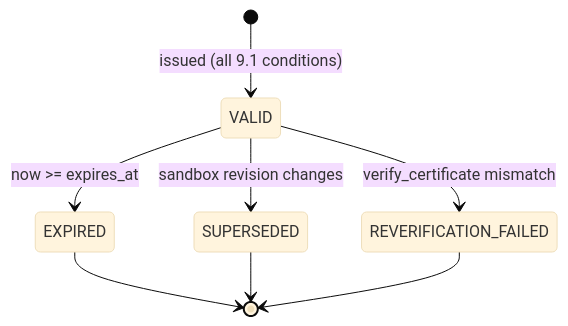
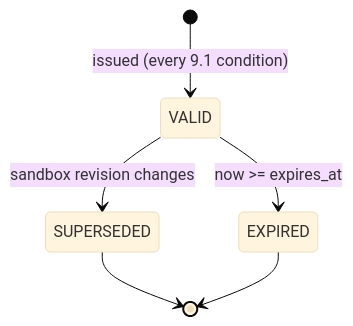
The second of 4 diagrams in solution.md (YashSoni998265/interdict), drawn with Mermaid (base theme) before and after one commit. The commit also changed other lines of this file and 1 other file, not shown here.

````diff
--- a/solution.md
+++ b/solution.md
@@ -995,10 +594,8 @@
 ```mermaid
 stateDiagram-v2
-    [*] --> VALID: issued (all 9.1 conditions)
+    [*] --> VALID: issued (every 9.1 condition)
+    VALID --> SUPERSEDED: sandbox revision changes
     VALID --> EXPIRED: now >= expires_at
-    VALID --> SUPERSEDED: sandbox revision changes
-    VALID --> REVERIFICATION_FAILED: verify_certificate mismatch
+    SUPERSEDED --> [*]
     EXPIRED --> [*]
-    SUPERSEDED --> [*]
-    REVERIFICATION_FAILED --> [*]
 ```
````
